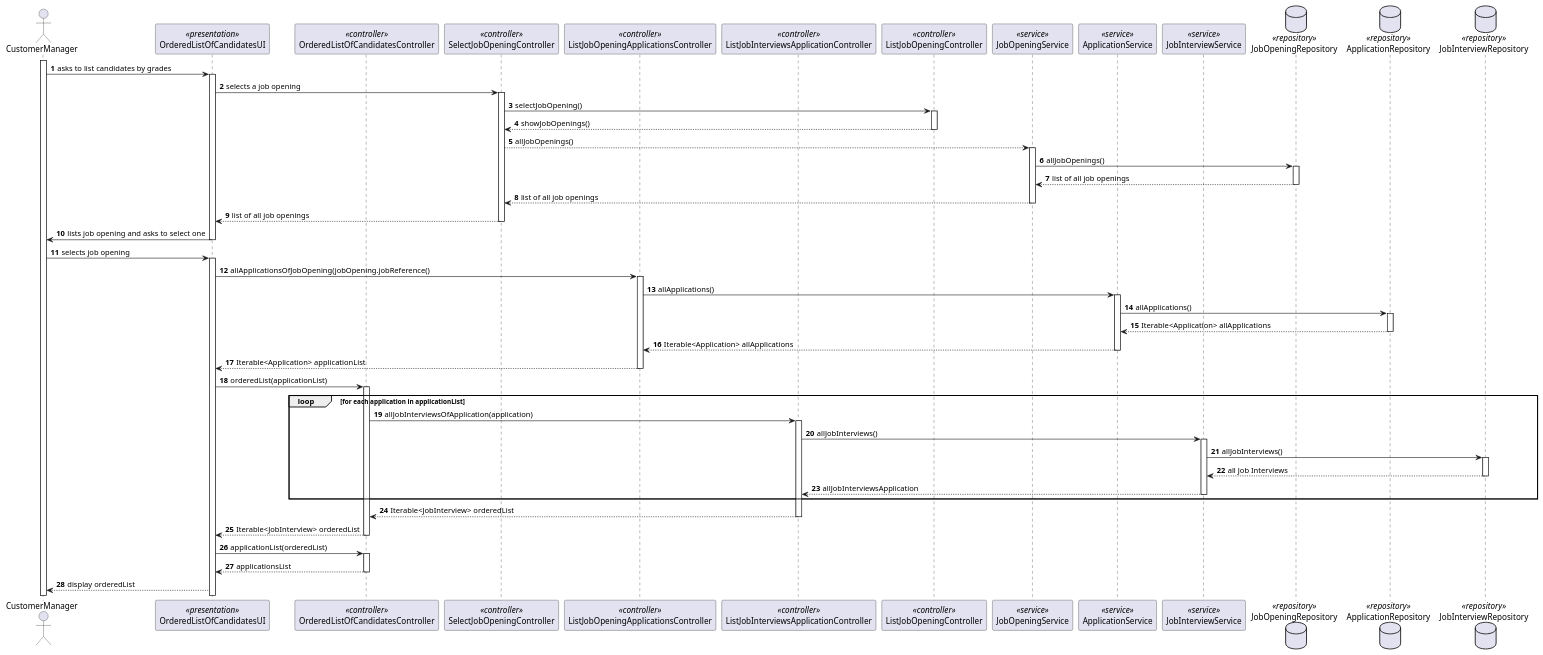
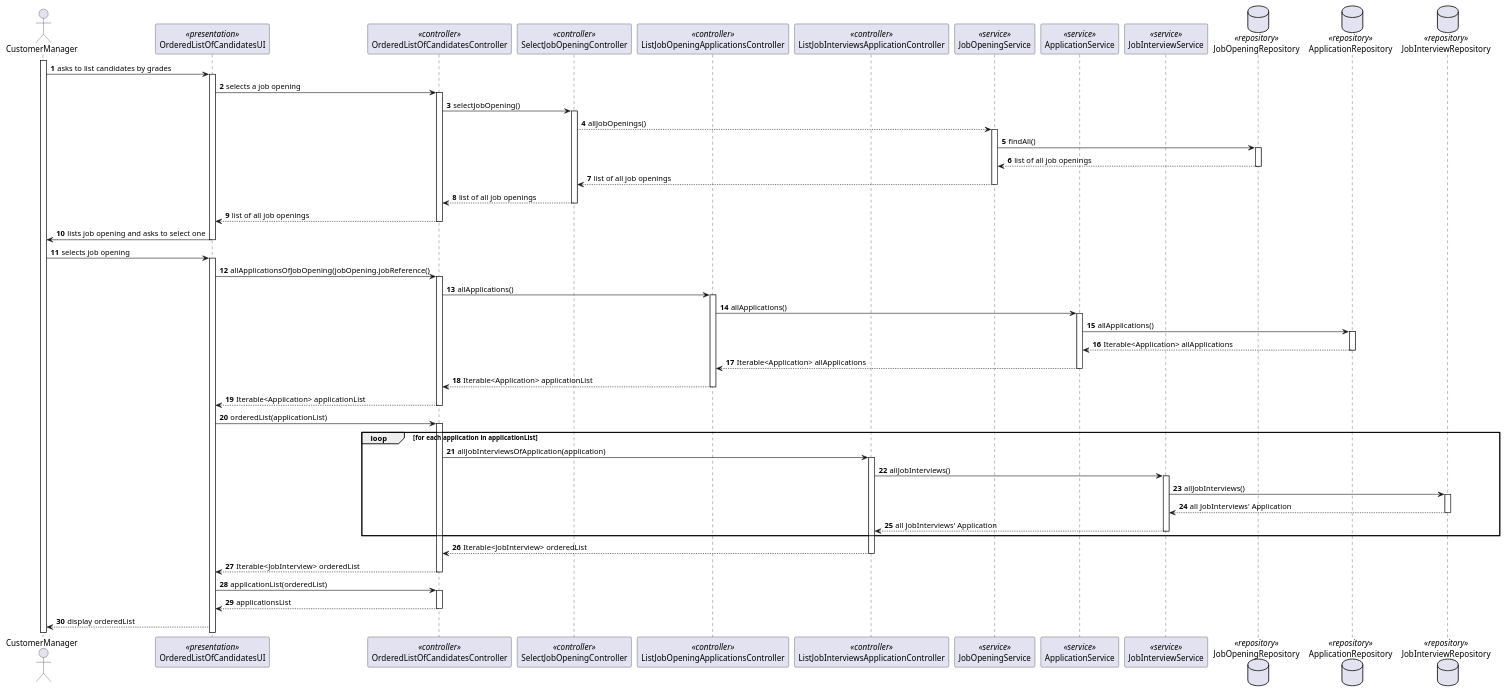
One commit to MiguelCardoso77/LAPR4 changed the diagram in docs/SprintC/10-ordered-list-of-candidates/sequence-diagram.puml. Above: the diagram before and after it, drawn with PlantUML. The commit also changed 6 other files, not shown here.

```diff
--- a/docs/SprintC/10-ordered-list-of-candidates/sequence-diagram.puml
+++ b/docs/SprintC/10-ordered-list-of-candidates/sequence-diagram.puml
@@ -1,136 +1,144 @@
 @startuml
 autonumber
 
 actor CustomerManager
 
 participant OrderedListOfCandidatesUI <<presentation>>
 participant OrderedListOfCandidatesController <<controller>>
 participant SelectJobOpeningController <<controller>>
 participant ListJobOpeningApplicationsController <<controller>>
 participant ListJobInterviewsApplicationController <<controller>>
-participant ListJobOpeningController <<controller>>
 
 
 
 participant JobOpeningService <<service>>
 participant ApplicationService <<service>>
 participant JobInterviewService <<service>>
 
 database JobOpeningRepository <<repository>>
 database ApplicationRepository <<repository>>
 database JobInterviewRepository <<repository>>
 
 activate CustomerManager
 
     CustomerManager -> OrderedListOfCandidatesUI : asks to list candidates by grades
     activate OrderedListOfCandidatesUI
 
-        OrderedListOfCandidatesUI -> SelectJobOpeningController : selects a job opening
+        OrderedListOfCandidatesUI -> OrderedListOfCandidatesController : selects a job opening
+        activate OrderedListOfCandidatesController
+
+        OrderedListOfCandidatesController-> SelectJobOpeningController: selectJobOpening()
+
         activate SelectJobOpeningController
 
-            SelectJobOpeningController -> ListJobOpeningController : selectJobOpening()
-            activate ListJobOpeningController
 
-                ListJobOpeningController --> SelectJobOpeningController : showJobOpenings()
-
-            deactivate ListJobOpeningController
 
             SelectJobOpeningController --> JobOpeningService : allJobOpenings()
 
         activate JobOpeningService
 
-        JobOpeningService -> JobOpeningRepository : allJobOpenings()
+        JobOpeningService -> JobOpeningRepository : findAll()
 
         activate JobOpeningRepository
 
         JobOpeningRepository --> JobOpeningService  : list of all job openings
 
         deactivate JobOpeningRepository
 
         JobOpeningService --> SelectJobOpeningController : list of all job openings
 
         deactivate JobOpeningService
 
-        SelectJobOpeningController --> OrderedListOfCandidatesUI : list of all job openings
+        SelectJobOpeningController --> OrderedListOfCandidatesController : list of all job openings
 
         deactivate SelectJobOpeningController
+
+        OrderedListOfCandidatesController --> OrderedListOfCandidatesUI : list of all job openings
+
+        deactivate OrderedListOfCandidatesController
 
         OrderedListOfCandidatesUI -> CustomerManager : lists job opening and asks to select one
 
     deactivate OrderedListOfCandidatesUI
 
     CustomerManager -> OrderedListOfCandidatesUI : selects job opening
 
     activate OrderedListOfCandidatesUI
 
-        OrderedListOfCandidatesUI -> ListJobOpeningApplicationsController : allApplicationsOfJobOpening(jobOpening.jobReference()
+        OrderedListOfCandidatesUI -> OrderedListOfCandidatesController : allApplicationsOfJobOpening(jobOpening.jobReference()
+        activate OrderedListOfCandidatesController
+
+        OrderedListOfCandidatesController -> ListJobOpeningApplicationsController : allApplications()
+
         activate ListJobOpeningApplicationsController
 
             ListJobOpeningApplicationsController -> ApplicationService : allApplications()
             activate ApplicationService
 
                 ApplicationService -> ApplicationRepository : allApplications()
                 activate ApplicationRepository
 
                     ApplicationRepository --> ApplicationService : Iterable<Application> allApplications
                 deactivate ApplicationRepository
 
 
             ApplicationService --> ListJobOpeningApplicationsController : Iterable<Application> allApplications
 
                 deactivate ApplicationService
 
-            ListJobOpeningApplicationsController --> OrderedListOfCandidatesUI : Iterable<Application> applicationList
+            ListJobOpeningApplicationsController --> OrderedListOfCandidatesController : Iterable<Application> applicationList
 
-        deactivate ListJobOpeningApplicationsController
+            deactivate ListJobOpeningApplicationsController
 
+            OrderedListOfCandidatesController --> OrderedListOfCandidatesUI : Iterable<Application> applicationList
 
+        deactivate OrderedListOfCandidatesController
 
            OrderedListOfCandidatesUI -> OrderedListOfCandidatesController : orderedList(applicationList)
 
         activate OrderedListOfCandidatesController
 
 loop for each application in applicationList
 
             OrderedListOfCandidatesController -> ListJobInterviewsApplicationController : allJobInterviewsOfApplication(application)
 
             activate ListJobInterviewsApplicationController
 
             ListJobInterviewsApplicationController -> JobInterviewService : allJobInterviews()
 
             activate JobInterviewService
 
             JobInterviewService -> JobInterviewRepository : allJobInterviews()
 
             activate JobInterviewRepository
 
-            JobInterviewRepository --> JobInterviewService : all Job Interviews
+            JobInterviewRepository --> JobInterviewService : all JobInterviews' Application
 
             deactivate JobInterviewRepository
 
-            JobInterviewService -->  ListJobInterviewsApplicationController :allJobInterviewsApplication
+            JobInterviewService -->  ListJobInterviewsApplicationController : all JobInterviews' Application
 
             deactivate JobInterviewService
 
 end loop
             activate ListJobInterviewsApplicationController
 
             ListJobInterviewsApplicationController --> OrderedListOfCandidatesController: Iterable<JobInterview> orderedList
 
             deactivate ListJobInterviewsApplicationController
 
             OrderedListOfCandidatesController --> OrderedListOfCandidatesUI: Iterable<JobInterview> orderedList
 
             deactivate OrderedListOfCandidatesController
 
             OrderedListOfCandidatesUI -> OrderedListOfCandidatesController :applicationList(orderedList)
 
              activate OrderedListOfCandidatesController
 
              OrderedListOfCandidatesController --> OrderedListOfCandidatesUI : applicationsList
 
              deactivate OrderedListOfCandidatesController
 
              OrderedListOfCandidatesUI --> CustomerManager : display orderedList
 
 @enduml
```
